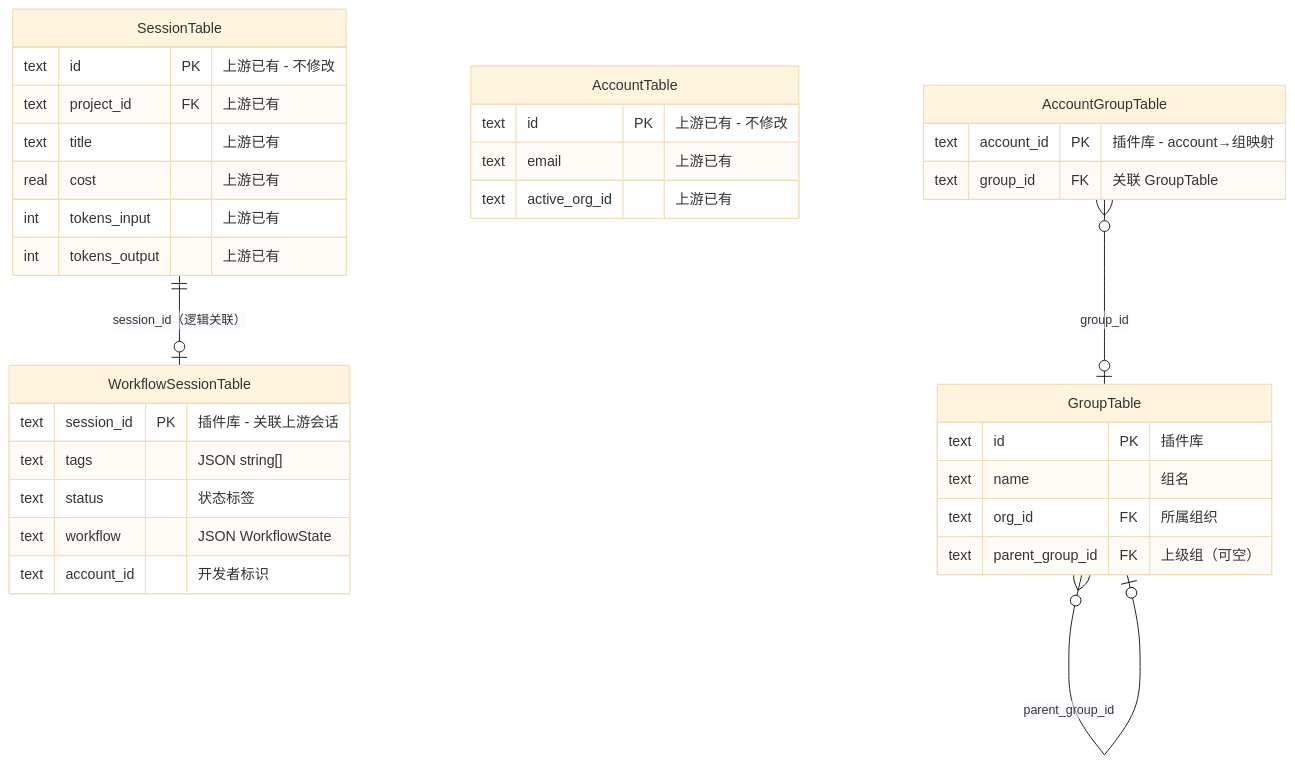
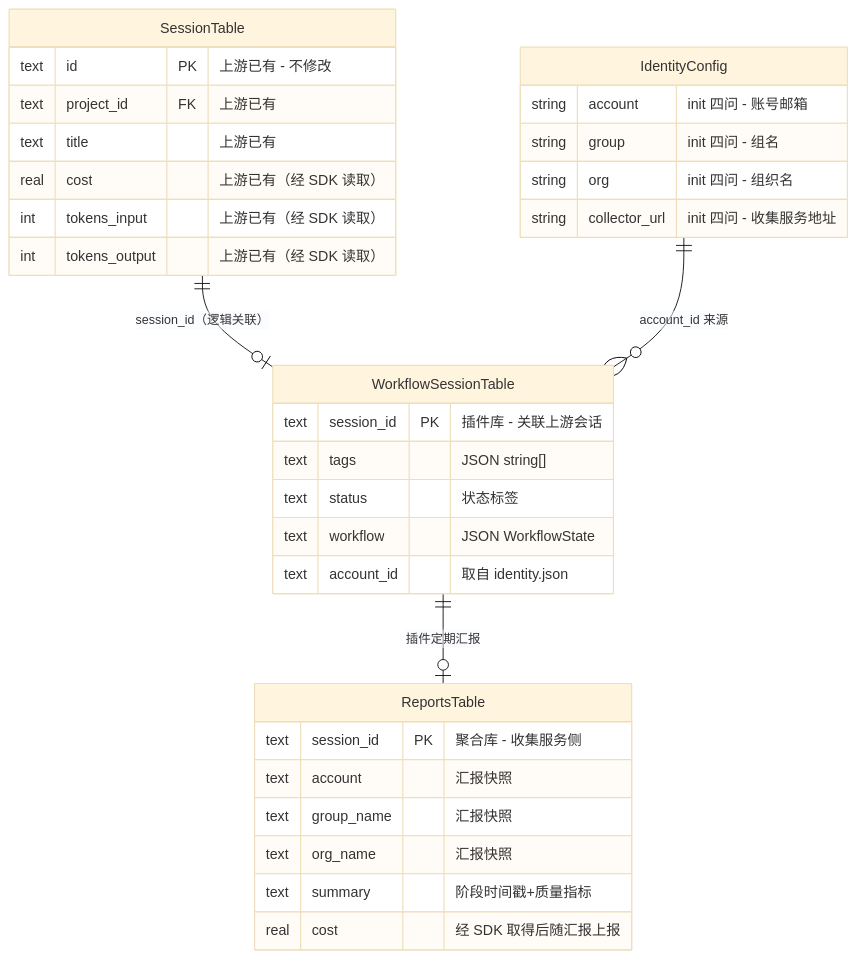
Before and after one commit to wonglaitung/opencode: the seventh of 14 diagrams in specs/customize/session-management.md, drawn with Mermaid (base theme). The commit also changed other lines of this file, not shown here.

First line of the commit message:
docs(session-management): 改名 opencode-sm，改为自助 init + org 级收集汇聚模型

````diff
--- a/specs/customize/session-management.md
+++ b/specs/customize/session-management.md
@@ -319,41 +337,39 @@
 ```mermaid
 erDiagram
     SessionTable {
         text id PK "上游已有 - 不修改"
         text project_id FK "上游已有"
         text title "上游已有"
-        real cost "上游已有"
-        int tokens_input "上游已有"
-        int tokens_output "上游已有"
-    }
-
-    AccountTable {
-        text id PK "上游已有 - 不修改"
-        text email "上游已有"
-        text active_org_id "上游已有"
+        real cost "上游已有（经 SDK 读取）"
+        int tokens_input "上游已有（经 SDK 读取）"
+        int tokens_output "上游已有（经 SDK 读取）"
     }
 
     WorkflowSessionTable {
         text session_id PK "插件库 - 关联上游会话"
         text tags "JSON string[]"
         text status "状态标签"
         text workflow "JSON WorkflowState"
-        text account_id "开发者标识"
+        text account_id "取自 identity.json"
     }
 
-    GroupTable {
-        text id PK "插件库"
-        text name "组名"
-        text org_id FK "所属组织"
-        text parent_group_id FK "上级组（可空）"
+    IdentityConfig {
+        string account "init 四问 - 账号邮箱"
+        string group "init 四问 - 组名"
+        string org "init 四问 - 组织名"
+        string collector_url "init 四问 - 收集服务地址"
     }
 
-    AccountGroupTable {
-        text account_id PK "插件库 - account→组映射"
-        text group_id FK "关联 GroupTable"
+    ReportsTable {
+        text session_id PK "聚合库 - 收集服务侧"
+        text account "汇报快照"
+        text group_name "汇报快照"
+        text org_name "汇报快照"
+        text summary "阶段时间戳+质量指标"
+        real cost "经 SDK 取得后随汇报上报"
     }
 
     SessionTable ||--o| WorkflowSessionTable : "session_id（逻辑关联）"
-    AccountGroupTable }o--o| GroupTable : "group_id"
-    GroupTable }o--o| GroupTable : "parent_group_id"
+    IdentityConfig ||--o{ WorkflowSessionTable : "account_id 来源"
+    WorkflowSessionTable ||--o| ReportsTable : "插件定期汇报"
 ```
````
